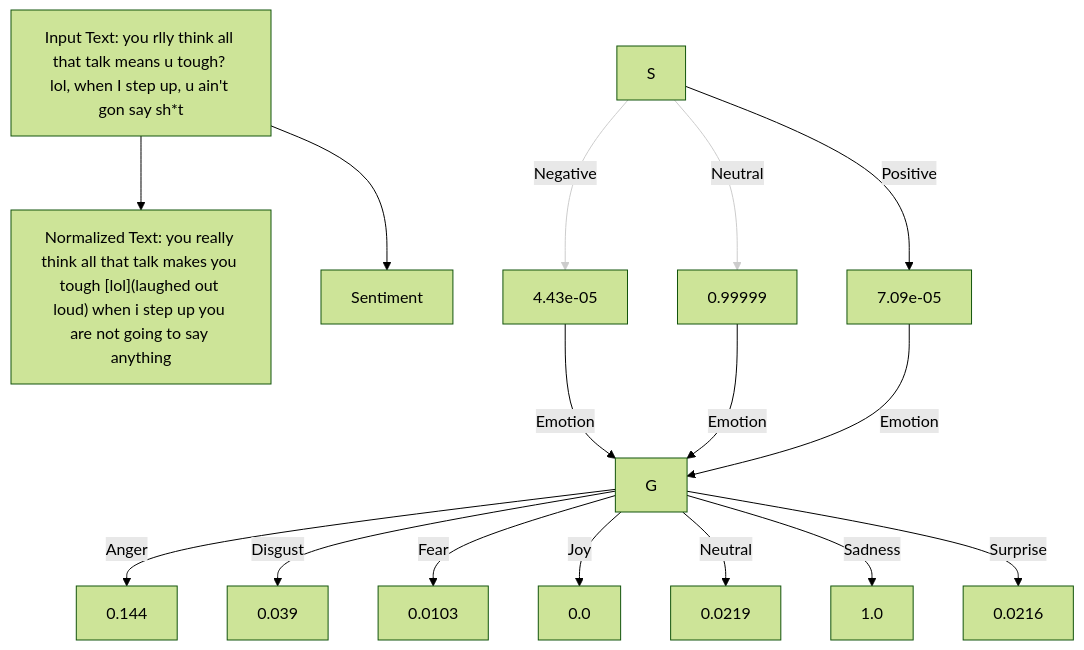
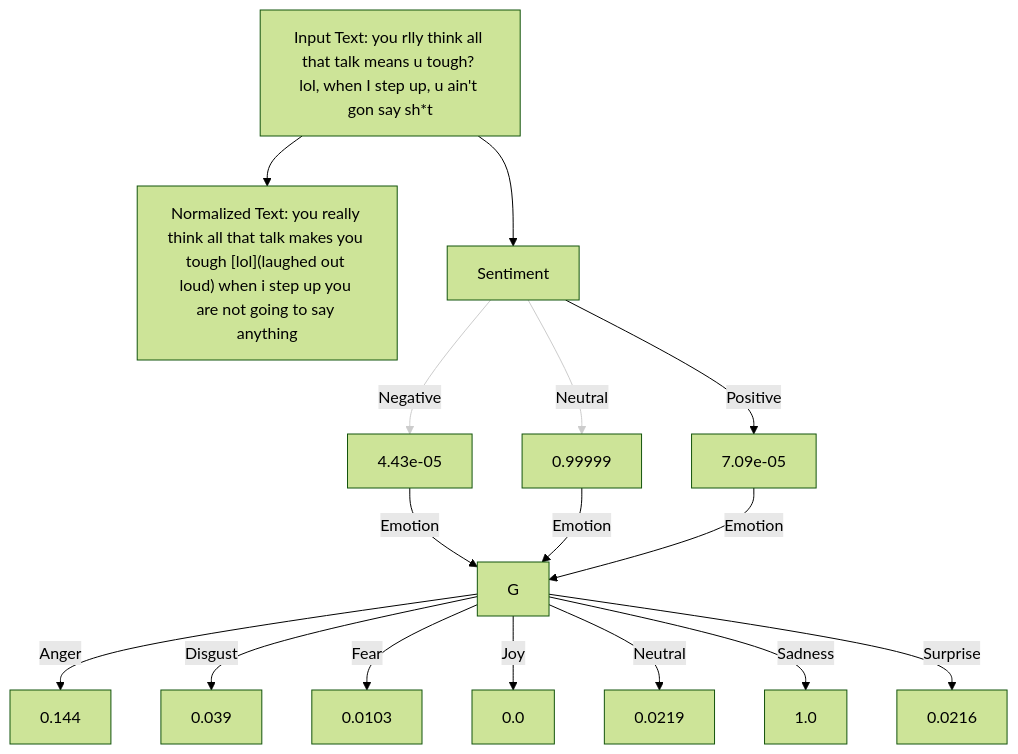
One commit to ArchismanKarmakar/Tachygraphy-Microtext-Analysis-And-Normalization changed the second of 3 diagrams in README.md. Above: the diagram before and after it, drawn with Mermaid (forest theme).

````diff
--- a/README.md
+++ b/README.md
@@ -111,41 +111,41 @@
 ```mermaid
 graph TD;
     %% Input and normalized text
     A["Input Text: you rlly think all that talk means u tough? lol, when I step up, u ain't gon say sh*t"]
     B["Normalized Text: you really think all that talk makes you tough [lol](laughed out loud) when i step up you are not going to say anything"]
 
     %% Sentiment stage
     C["Sentiment"]
     
     A --> B
     A --> C
 
     %% Sentiment value nodes with values inside the box;
     %% The arrow labels carry the category names.
-    S -->|Negative| D["4.43e-05"]
-    S -->|Neutral| E["0.99999"]
-    S -->|Positive| F["7.09e-05"]
+    C -->|Negative| D["4.43e-05"]
+    C -->|Neutral| E["0.99999"]
+    C -->|Positive| F["7.09e-05"]
 
     %% All sentiment nodes feed into the Emotion stage.
     D -->|Emotion| G
     E -->|Emotion| G
     F -->|Emotion| G
 
     %% Emotion stage: arrows label the emotion category, nodes contain the numeric value.
     G -->|Anger| H["0.144"]
     G -->|Disgust| I["0.039"]
     G -->|Fear| J["0.0103"]
     G -->|Joy| K["0.0"]
     G -->|Neutral| L["0.0219"]
     G -->|Sadness| M["1.0"]
     G -->|Surprise| N["0.0216"]
 
 %% Style the edges for lower-probability sentiment arrows with a lighter stroke
 %% (Assuming the second and third edges from C are "Neutral" and "Positive")
 linkStyle 2 stroke:#cccccc, stroke-width:1px;
 linkStyle 3 stroke:#cccccc, stroke-width:1px;
 
 
 
 
 ```
````
